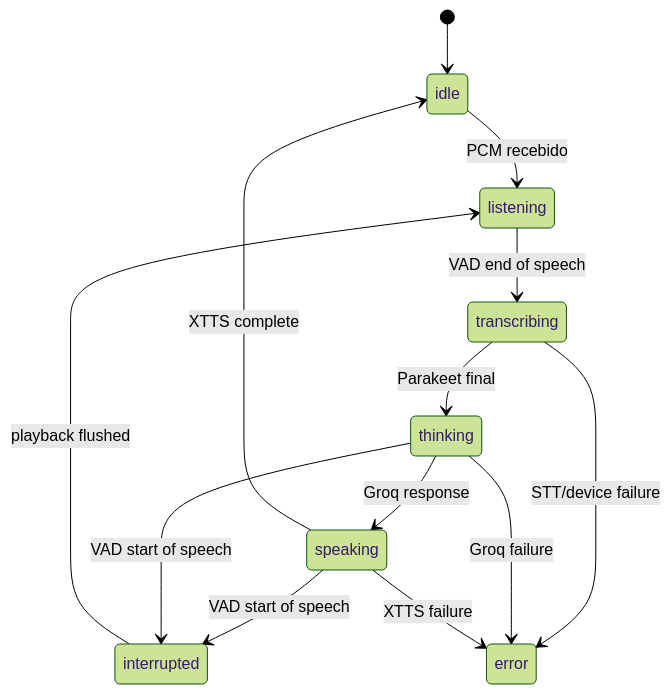
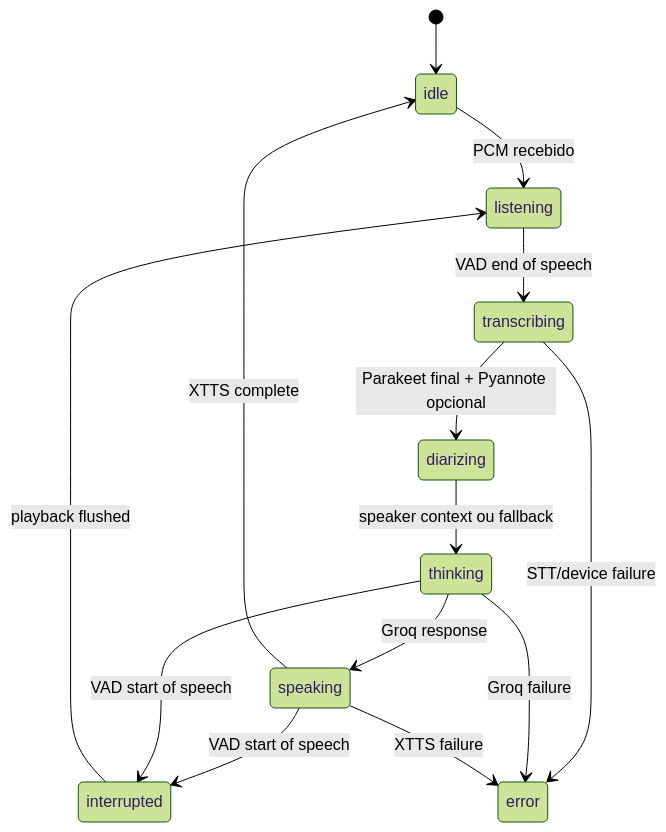
The tenth of 19 diagrams in leonidas/WORKFLOW.md (brasalabs6/genai-processors), drawn with Mermaid (forest theme) before and after one commit. The commit also changed other lines of this file and 13 other files, not shown here.

First line of the commit message:
feat(leonidas): add speaker-aware local reasoning context

````diff
--- a/leonidas/WORKFLOW.md
+++ b/leonidas/WORKFLOW.md
@@ -204,15 +204,16 @@
 ```mermaid
 stateDiagram-v2
   [*] --> idle
   idle --> listening: PCM recebido
   listening --> transcribing: VAD end of speech
-  transcribing --> thinking: Parakeet final
+  transcribing --> diarizing: Parakeet final + Pyannote opcional
+  diarizing --> thinking: speaker context ou fallback
   thinking --> speaking: Groq response
   speaking --> idle: XTTS complete
   speaking --> interrupted: VAD start of speech
   thinking --> interrupted: VAD start of speech
   interrupted --> listening: playback flushed
   transcribing --> error: STT/device failure
   thinking --> error: Groq failure
   speaking --> error: XTTS failure
 ```
````
